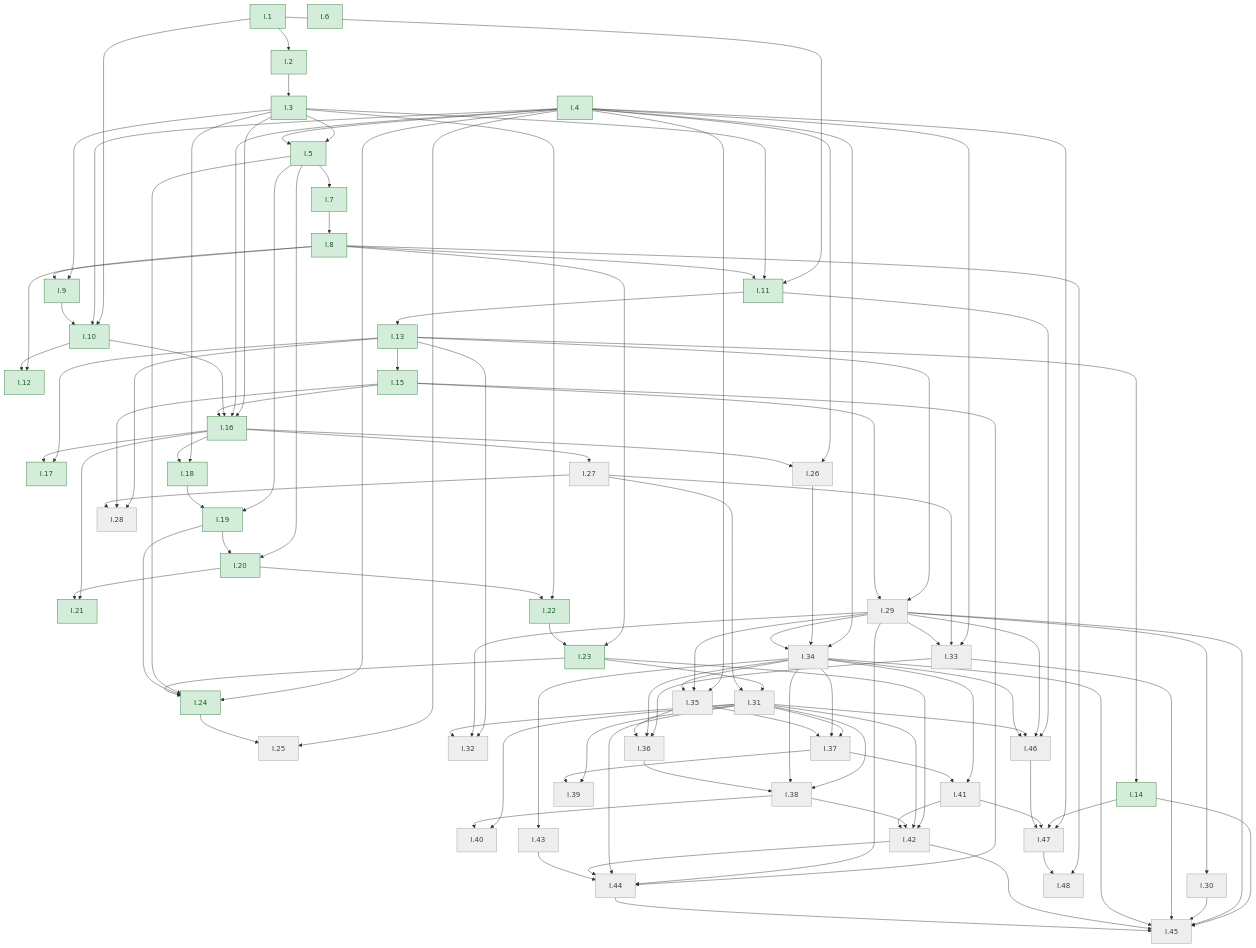
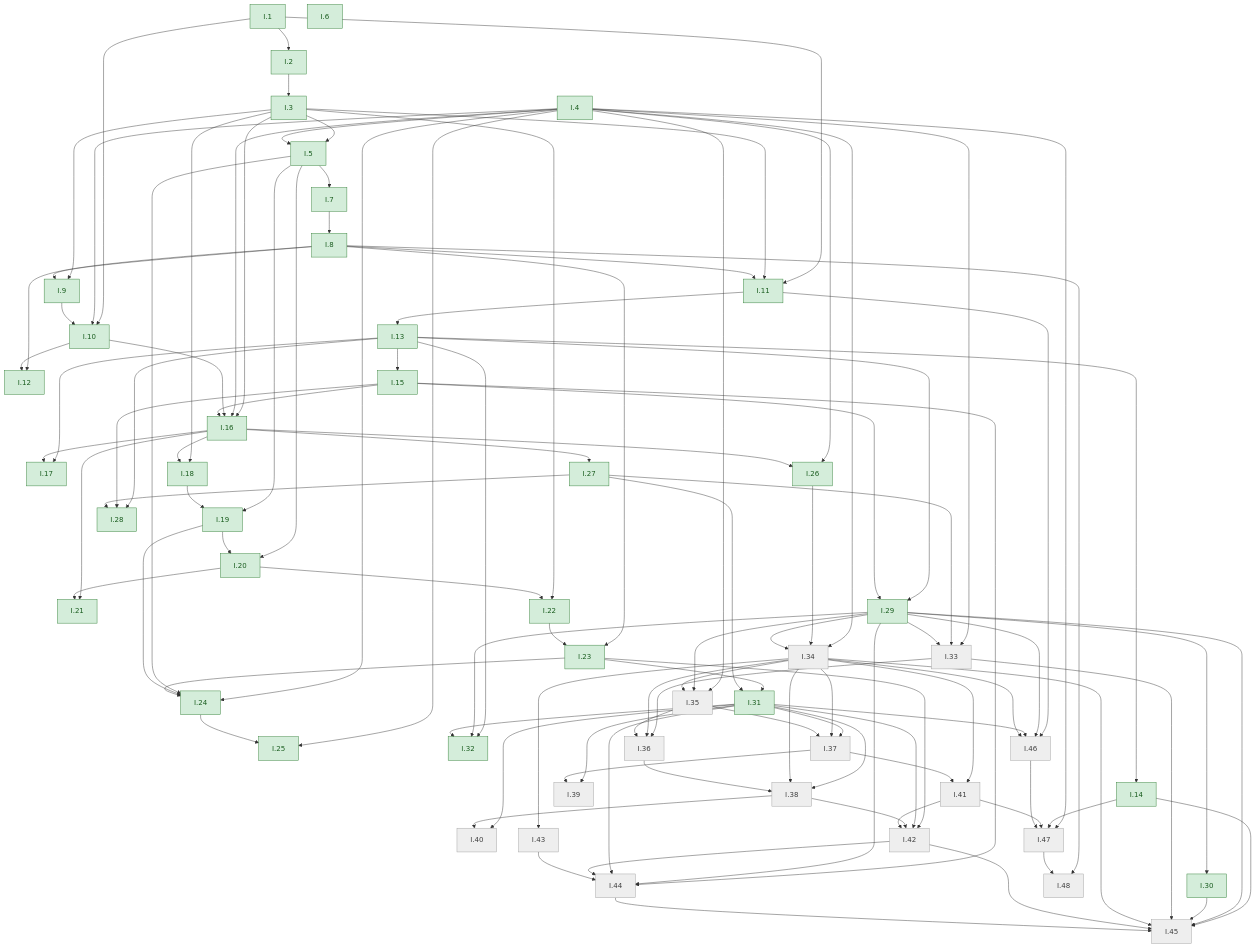
One commit to dodecaplex-co/stoicheia changed the diagram in GRAPH.md. Above: the diagram before and after it, drawn with Mermaid. The commit also changed 12 other files, not shown here.

````diff
--- a/GRAPH.md
+++ b/GRAPH.md
@@ -166,6 +166,6 @@
   I47 --> I48
   classDef proved fill:#d4edda,stroke:#2e7d32,color:#1b5e20
   classDef sketched fill:#eeeeee,stroke:#9e9e9e,color:#424242
-  class I1,I2,I3,I4,I5,I6,I7,I8,I9,I10,I11,I12,I13,I14,I15,I16,I17,I18,I19,I20,I21,I22,I23,I24 proved
-  class I25,I26,I27,I28,I29,I30,I31,I32,I33,I34,I35,I36,I37,I38,I39,I40,I41,I42,I43,I44,I45,I46,I47,I48 sketched
+  class I1,I2,I3,I4,I5,I6,I7,I8,I9,I10,I11,I12,I13,I14,I15,I16,I17,I18,I19,I20,I21,I22,I23,I24,I25,I26,I27,I28,I29,I30,I31,I32 proved
+  class I33,I34,I35,I36,I37,I38,I39,I40,I41,I42,I43,I44,I45,I46,I47,I48 sketched
 ```
````
